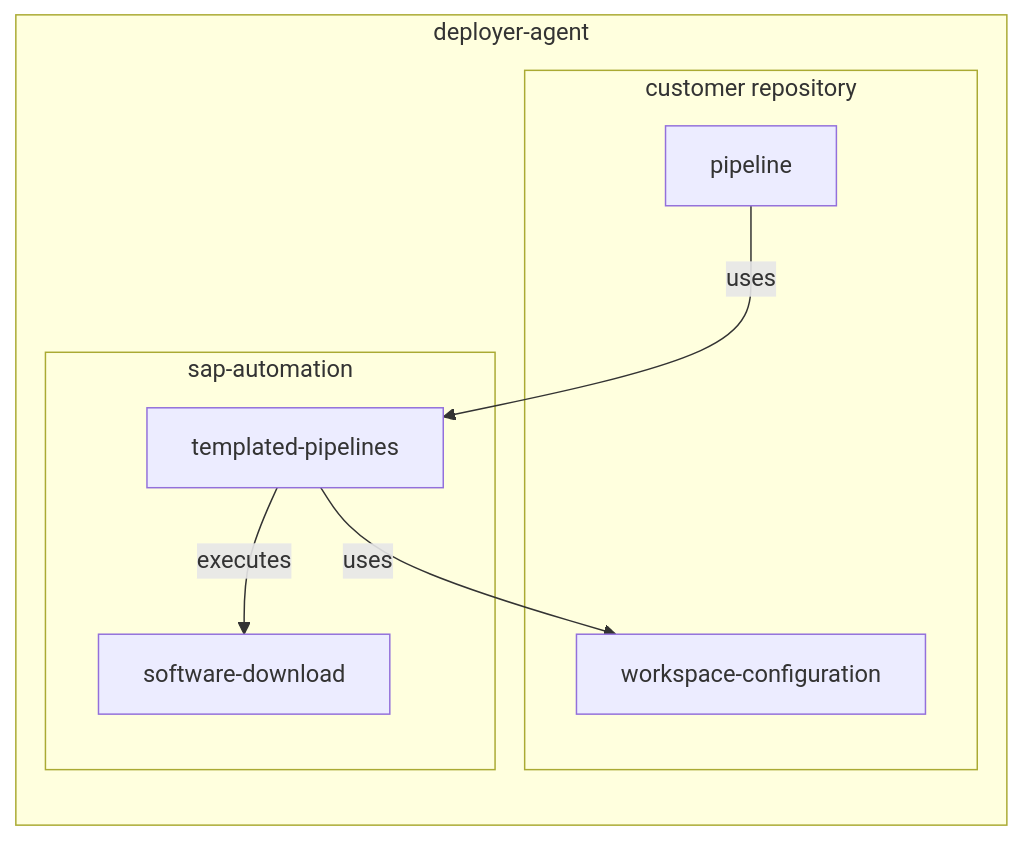
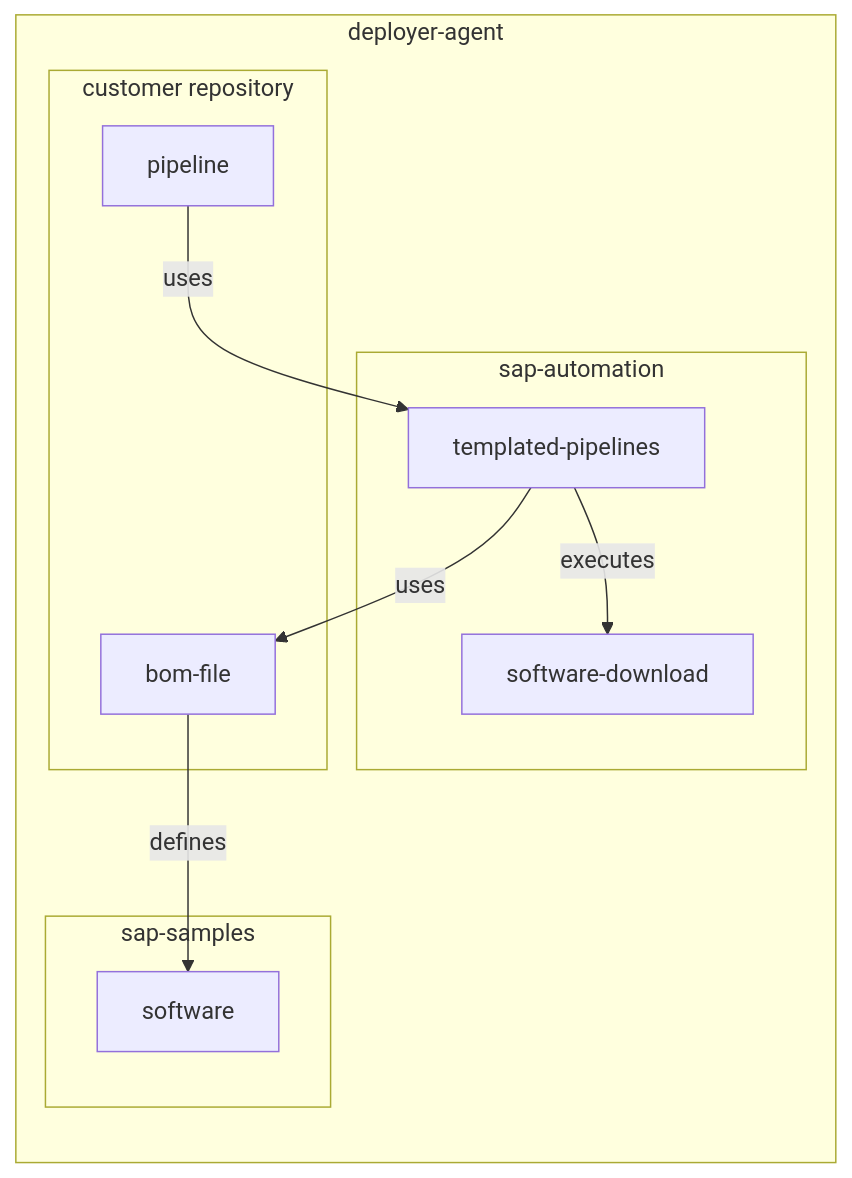
The diagram in README.md (Azure/SAP-automation-samples), drawn with Mermaid before and after one commit.

Commit message:
Ad the 3rd repo

````diff
--- a/README.md
+++ b/README.md
@@ -29,14 +29,17 @@
 ```mermaid
 flowchart LR
     subgraph deployer-agent
         pipeline--uses-->templated-pipelines
-        templated-pipelines--uses-->workspace-configuration
+        templated-pipelines--uses-->bom-file
         subgraph customer repository
-            workspace-configuration
+            bom-file
             pipeline
         end
         subgraph sap-automation
         templated-pipelines--executes-->software-download
         end
+        subgraph sap-samples
+        bom-file--defines-->software
+        end
     end
 ```
````
